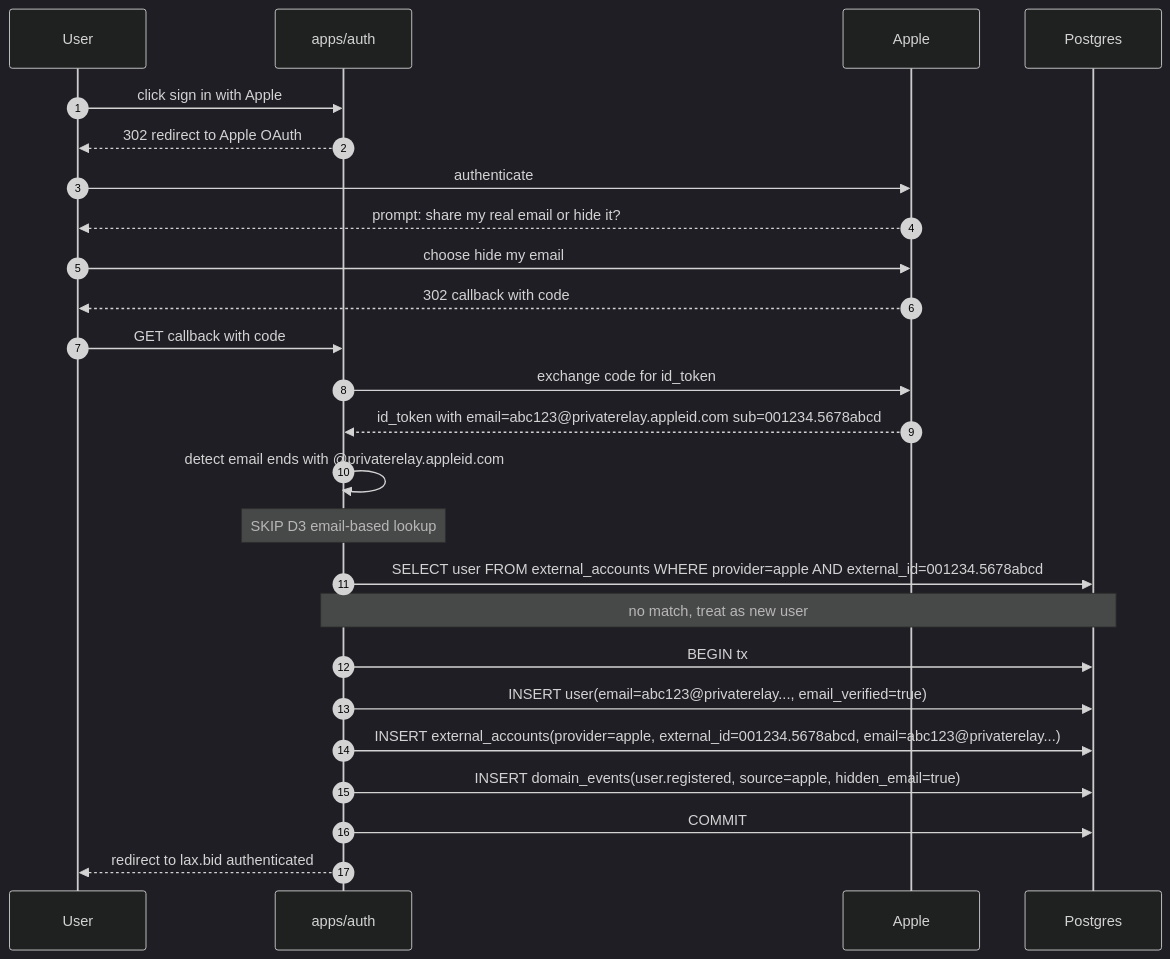
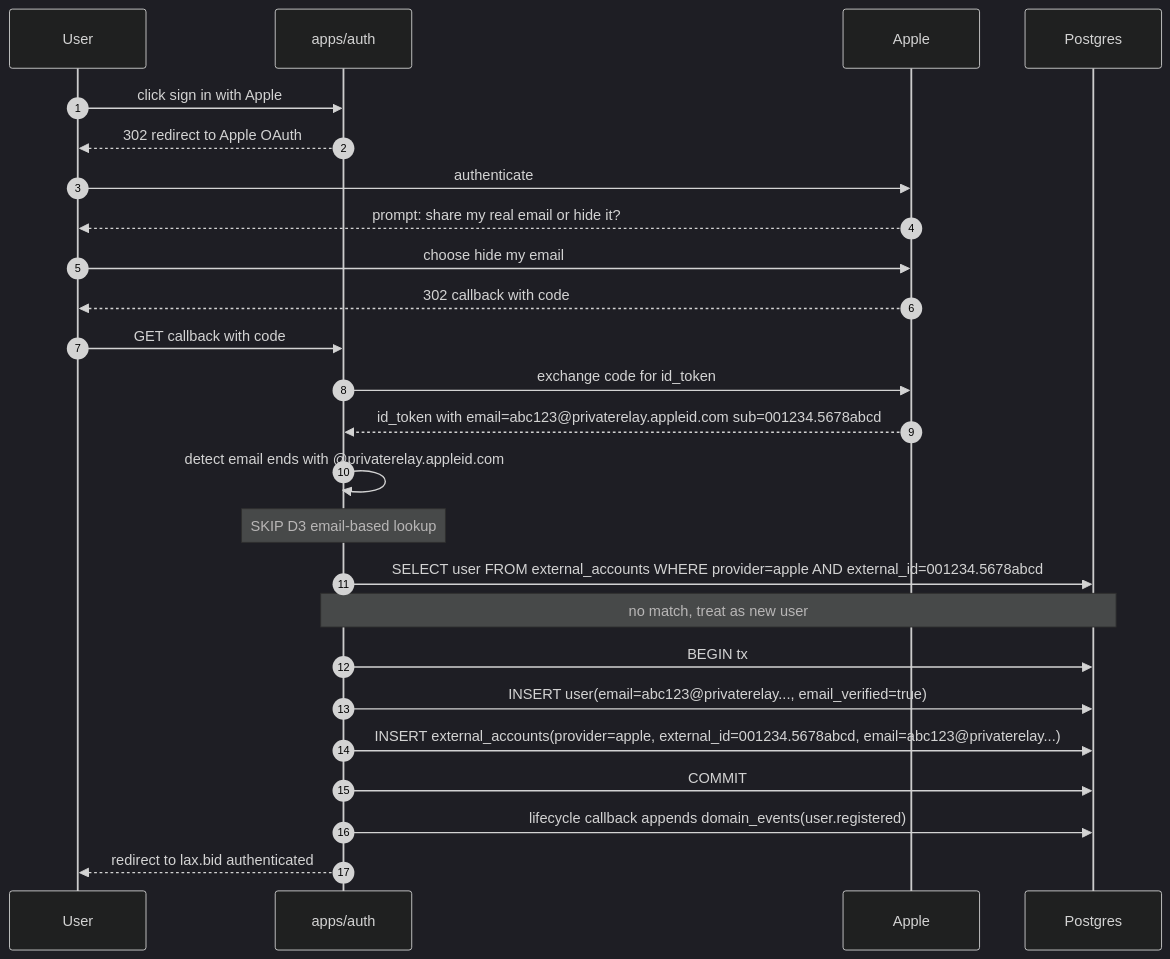
The third of 4 diagrams in docs/architecture/05-identity-flow.md (LAX-UK/monorepo), drawn with Mermaid (dark theme) before and after one commit. The commit also changed other lines of this file and 38 other files, not shown here.

````diff
--- a/docs/architecture/05-identity-flow.md
+++ b/docs/architecture/05-identity-flow.md
@@ -117,28 +122,28 @@
 ```mermaid
 sequenceDiagram
   autonumber
   participant U as User
   participant A as apps/auth
   participant Apple as Apple
   participant DB as Postgres
 
   U->>A: click sign in with Apple
   A-->>U: 302 redirect to Apple OAuth
   U->>Apple: authenticate
   Apple-->>U: prompt: share my real email or hide it?
   U->>Apple: choose hide my email
   Apple-->>U: 302 callback with code
   U->>A: GET callback with code
   A->>Apple: exchange code for id_token
   Apple-->>A: id_token with email=abc123@privaterelay.appleid.com sub=001234.5678abcd
   A->>A: detect email ends with @privaterelay.appleid.com
   Note over A: SKIP D3 email-based lookup
   A->>DB: SELECT user FROM external_accounts WHERE provider=apple AND external_id=001234.5678abcd
   Note over A,DB: no match, treat as new user
   A->>DB: BEGIN tx
   A->>DB: INSERT user(email=abc123@privaterelay..., email_verified=true)
   A->>DB: INSERT external_accounts(provider=apple, external_id=001234.5678abcd, email=abc123@privaterelay...)
-  A->>DB: INSERT domain_events(user.registered, source=apple, hidden_email=true)
   A->>DB: COMMIT
+  A->>DB: lifecycle callback appends domain_events(user.registered)
   A-->>U: redirect to lax.bid authenticated
 ```
````
